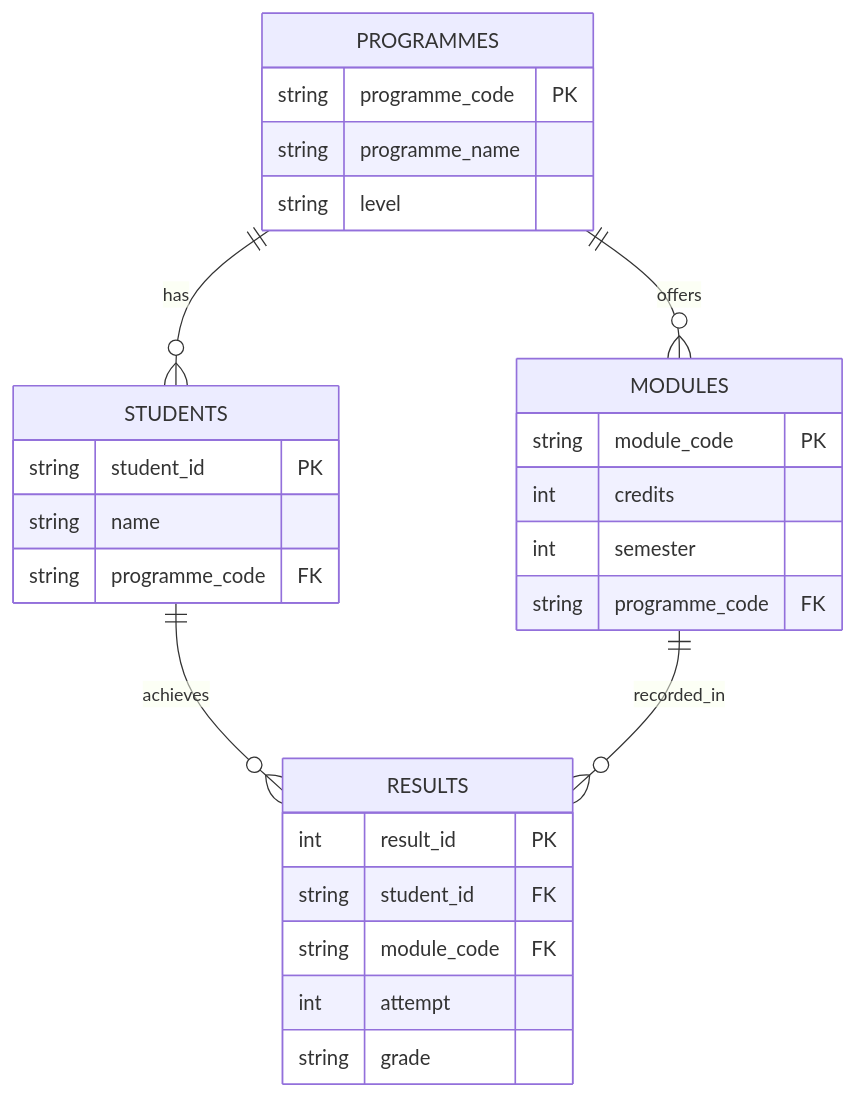
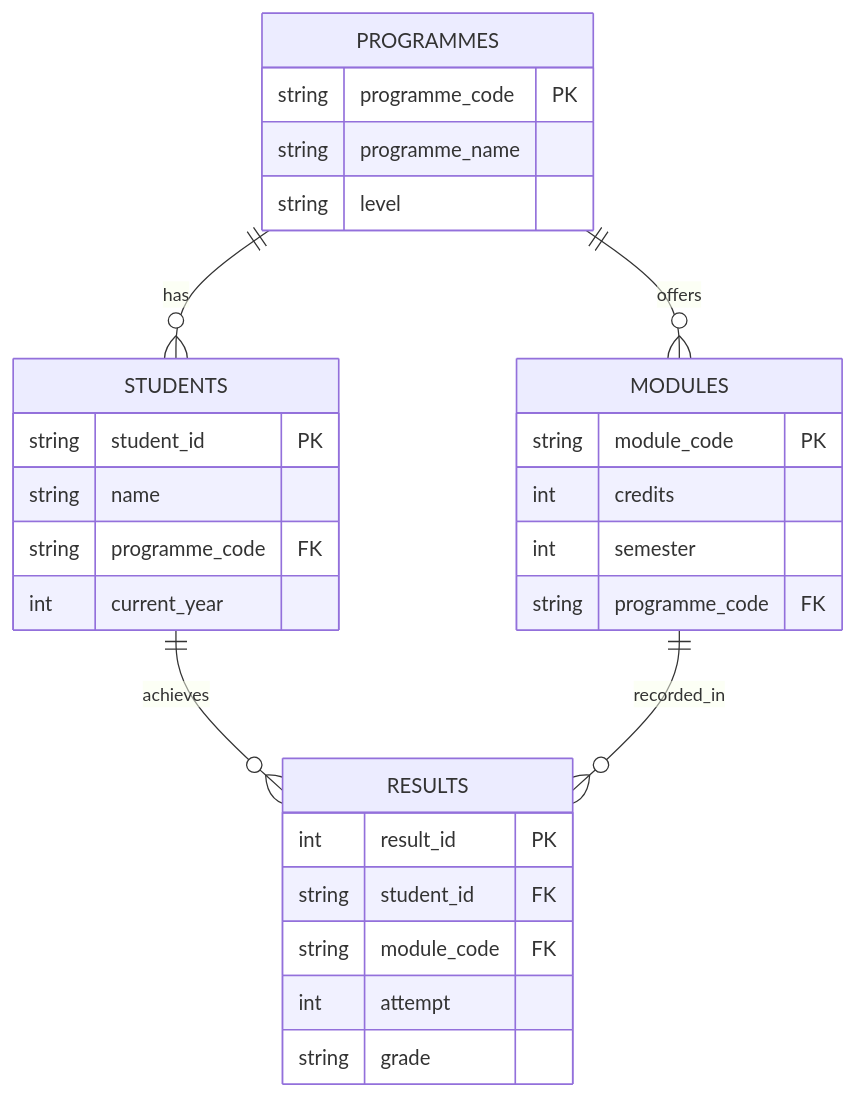
The diagram in README.md (Cs4013Group22026StudentRecordSystem/CS4013-Student-Records-Project), drawn with Mermaid before and after one commit. The commit also changed other lines of this file and 6 other files, not shown here.

Commit message:
feat: enhance student model to include current year and update CSV handling

````diff
--- a/README.md
+++ b/README.md
@@ -67,34 +67,35 @@
 ```mermaid
 erDiagram
     PROGRAMMES ||--o{ STUDENTS : has
     PROGRAMMES ||--o{ MODULES : offers
     STUDENTS ||--o{ RESULTS : achieves
     MODULES ||--o{ RESULTS : recorded_in
 
     PROGRAMMES {
         string programme_code PK
         string programme_name
         string level
     }
 
     STUDENTS {
         string student_id PK
         string name
         string programme_code FK
+        int current_year
     }
 
     MODULES {
         string module_code PK
         int credits
         int semester
         string programme_code FK
     }
 
     RESULTS {
         int result_id PK
         string student_id FK
         string module_code FK
         int attempt
         string grade
     }
 ```
````
